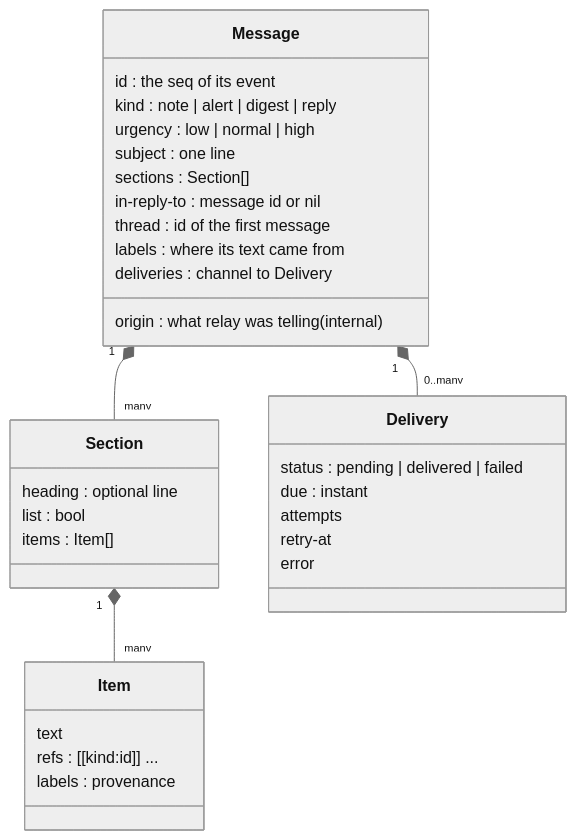
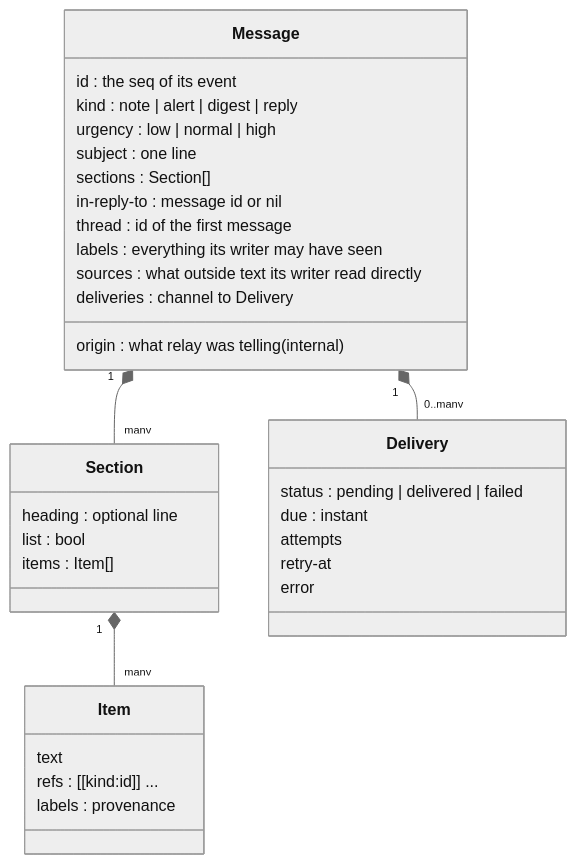
Before and after one commit to kirahowe/relay: the second of 7 diagrams in docs/messages.md, drawn with Mermaid (neutral theme). The commit also changed other lines of this file and 7 other files, not shown here.

````diff
--- a/docs/messages.md
+++ b/docs/messages.md
@@ -64,35 +64,36 @@
 ```mermaid
 classDiagram
   class Message {
     id : the seq of its event
     kind : note | alert | digest | reply
     urgency : low | normal | high
     subject : one line
     sections : Section[]
     in-reply-to : message id or nil
     thread : id of the first message
-    labels : where its text came from
+    labels : everything its writer may have seen
+    sources : what outside text its writer read directly
     origin : what relay was telling (internal)
     deliveries : channel to Delivery
   }
   class Section {
     heading : optional line
     list : bool
     items : Item[]
   }
   class Item {
     text
     refs : [[kind:id]] ...
     labels : provenance
   }
   class Delivery {
     status : pending | delivered | failed
     due : instant
     attempts
     retry-at
     error
   }
   Message "1" *-- "many" Section
   Section "1" *-- "many" Item
   Message "1" *-- "0..many" Delivery
 ```
````
